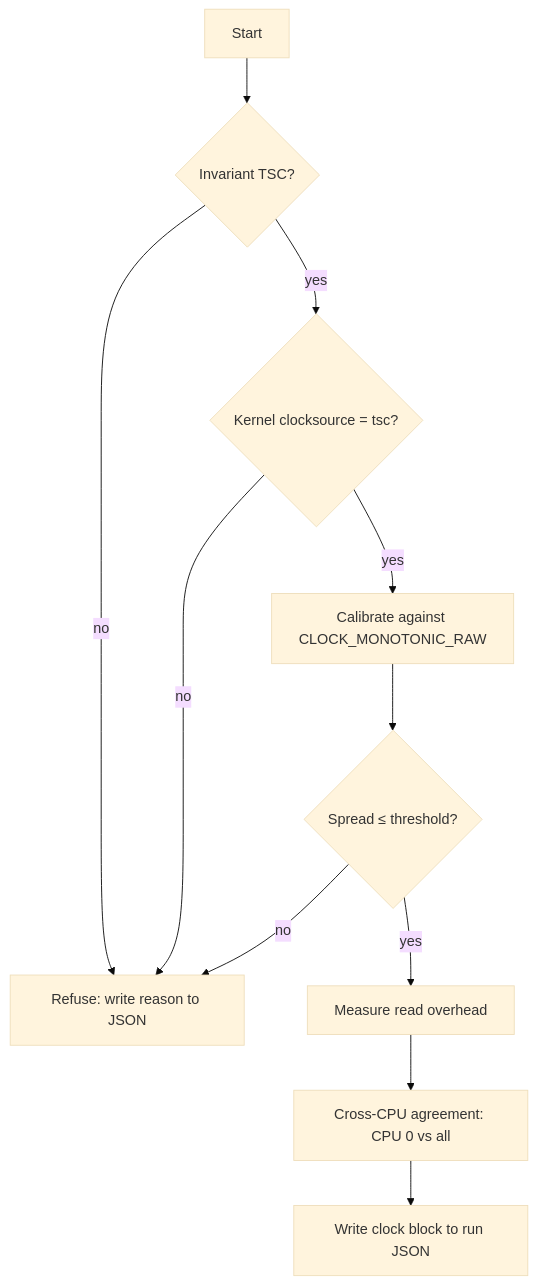
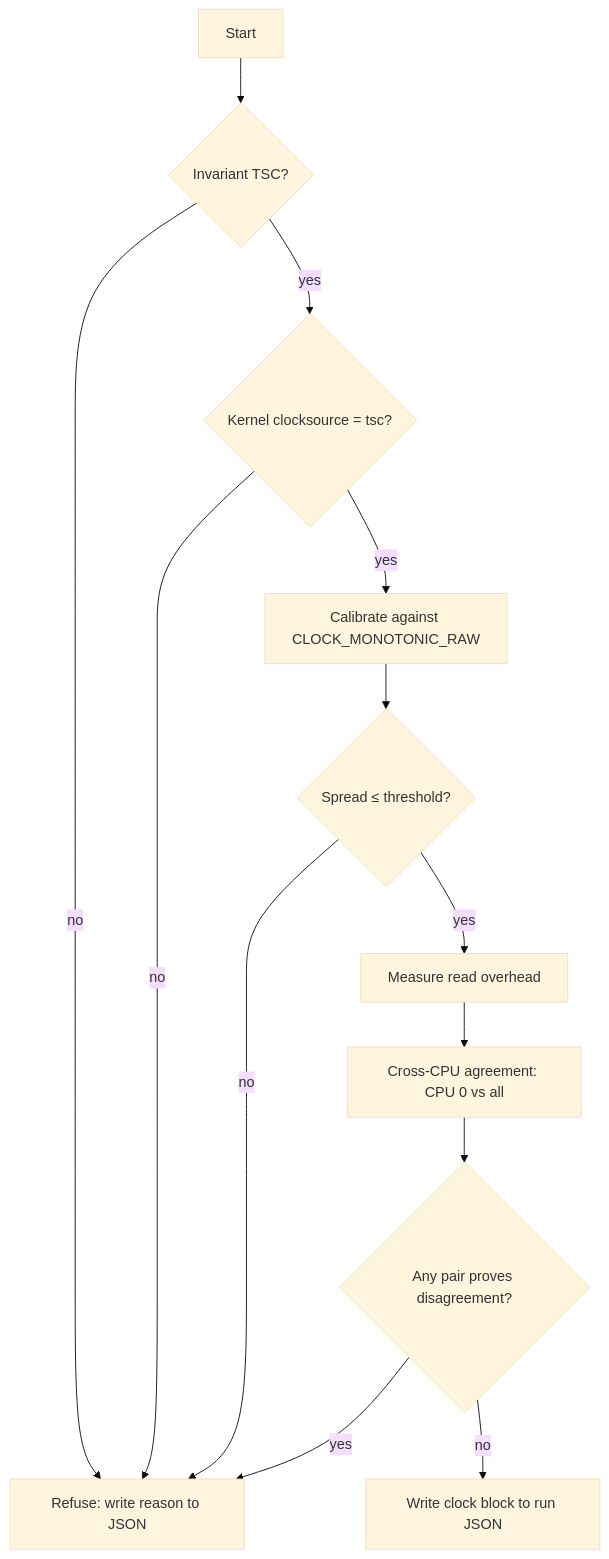
Before and after one commit to Mukachi/lockfree-ipc: the diagram in docs/design/001-clock.md, drawn with Mermaid (base theme). The commit also changed other lines of this file and 2 other files, not shown here.

First line of the commit message:
Clock: overhead pinned to CPU 1; proven disagreement refuses (S9)

````diff
--- a/docs/design/001-clock.md
+++ b/docs/design/001-clock.md
@@ -87,13 +88,15 @@
 ```mermaid
 flowchart TD
     A[Start] --> B{Invariant TSC?}
     B -- no --> X[Refuse: write reason to JSON]
     B -- yes --> C{Kernel clocksource = tsc?}
     C -- no --> X
     C -- yes --> D[Calibrate against CLOCK_MONOTONIC_RAW]
     D --> E{Spread ≤ threshold?}
     E -- no --> X
     E -- yes --> F[Measure read overhead]
     F --> G[Cross-CPU agreement: CPU 0 vs all]
-    G --> H[Write clock block to run JSON]
+    G --> I{Any pair proves disagreement?}
+    I -- yes --> X
+    I -- no --> H[Write clock block to run JSON]
 ```
````
